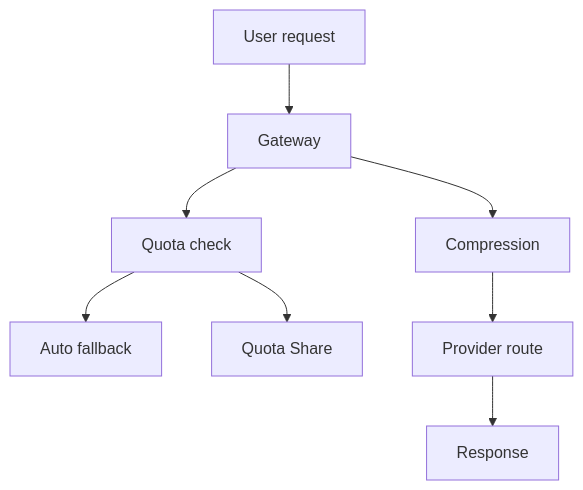
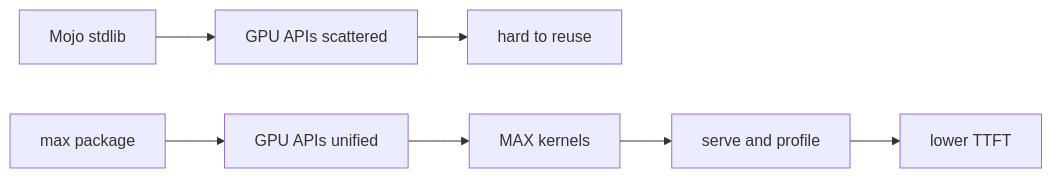
Diagram 16 of 18 in digests/2026-09-02.md (Solvement/jarvis-digest), drawn with Mermaid before and after one commit. The commit also changed other lines of this file and 4 other files, not shown here.

````diff
--- a/digests/2026-09-02.md
+++ b/digests/2026-09-02.md
@@ -398,10 +458,9 @@
 ```mermaid
-graph TD
-A[User request] --> B[Gateway]
-B --> C[Quota check]
-C --> D[Auto fallback]
-C --> E[Quota Share]
-B --> F[Compression]
-F --> G[Provider route]
-G --> H[Response]
+graph LR
+A[Mojo stdlib] --> B[GPU APIs scattered]
+B --> C[hard to reuse]
+D[max package] --> E[GPU APIs unified]
+E --> F[MAX kernels]
+F --> G[serve and profile]
+G --> H[lower TTFT]
 ```
````
